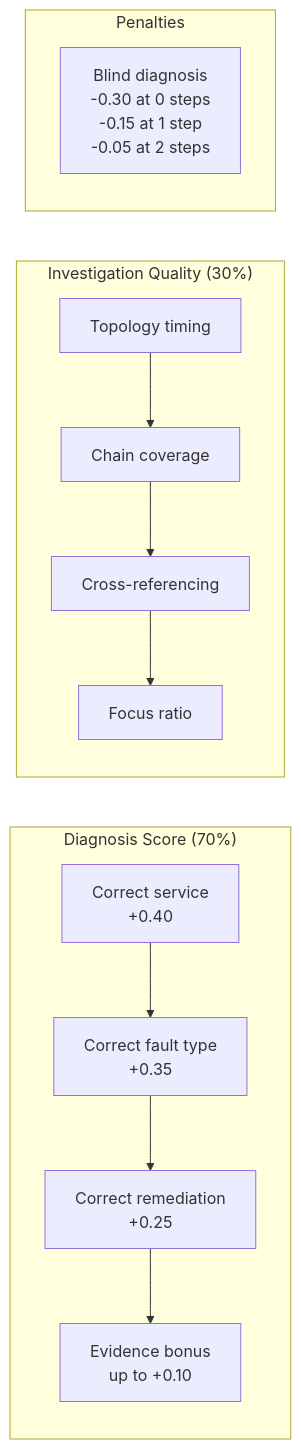
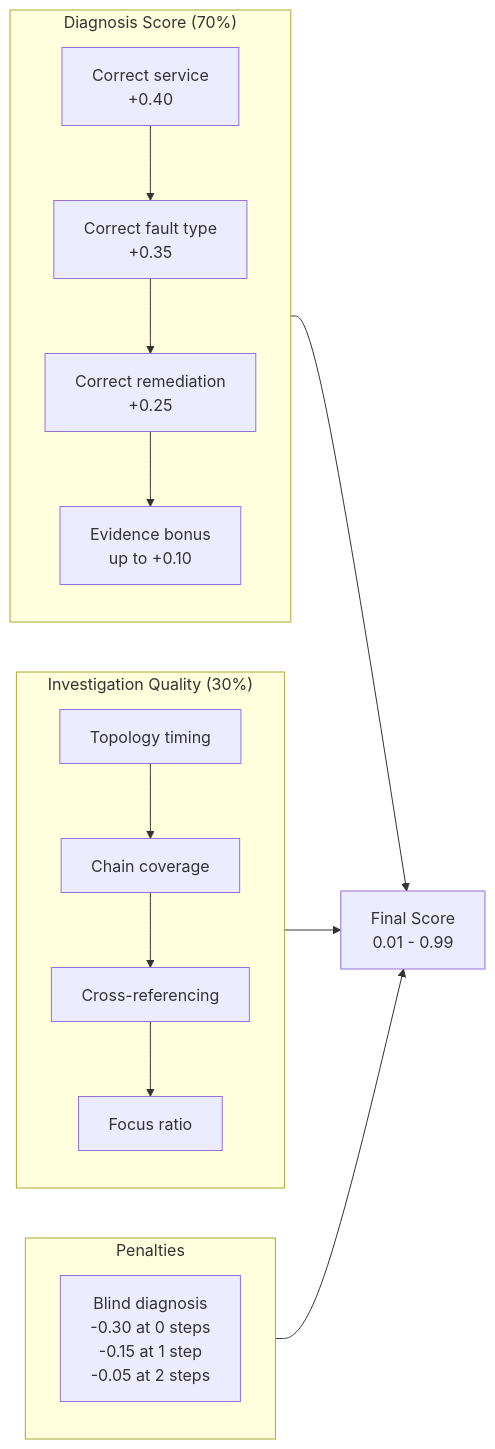
The fourth of 4 diagrams in README.md (wildcraft958/incident_triage_env), drawn with Mermaid before and after one commit. The commit also changed other lines of this file and 1 other file, not shown here.

First line of the commit message:
Fix remaining Mermaid render failures on GitHub

````diff
--- a/README.md
+++ b/README.md
@@ -273,16 +256,19 @@
 ```mermaid
 flowchart LR
     subgraph Diagnosis["Diagnosis Score (70%)"]
         S["Correct service<br/>+0.40"] --> FF["Correct fault type<br/>+0.35"]
         FF --> R["Correct remediation<br/>+0.25"]
         R --> EV["Evidence bonus<br/>up to +0.10"]
     end
     subgraph Investigation["Investigation Quality (30%)"]
         T["Topology timing"] --> CC["Chain coverage"]
         CC --> X["Cross-referencing"]
         X --> FO["Focus ratio"]
     end
-    subgraph Penalties
+    subgraph Pen["Penalties"]
         B["Blind diagnosis<br/>-0.30 at 0 steps<br/>-0.15 at 1 step<br/>-0.05 at 2 steps"]
     end
+    Diagnosis --> FINAL["Final Score<br/>0.01 - 0.99"]
+    Investigation --> FINAL
+    Pen --> FINAL
 ```
````
